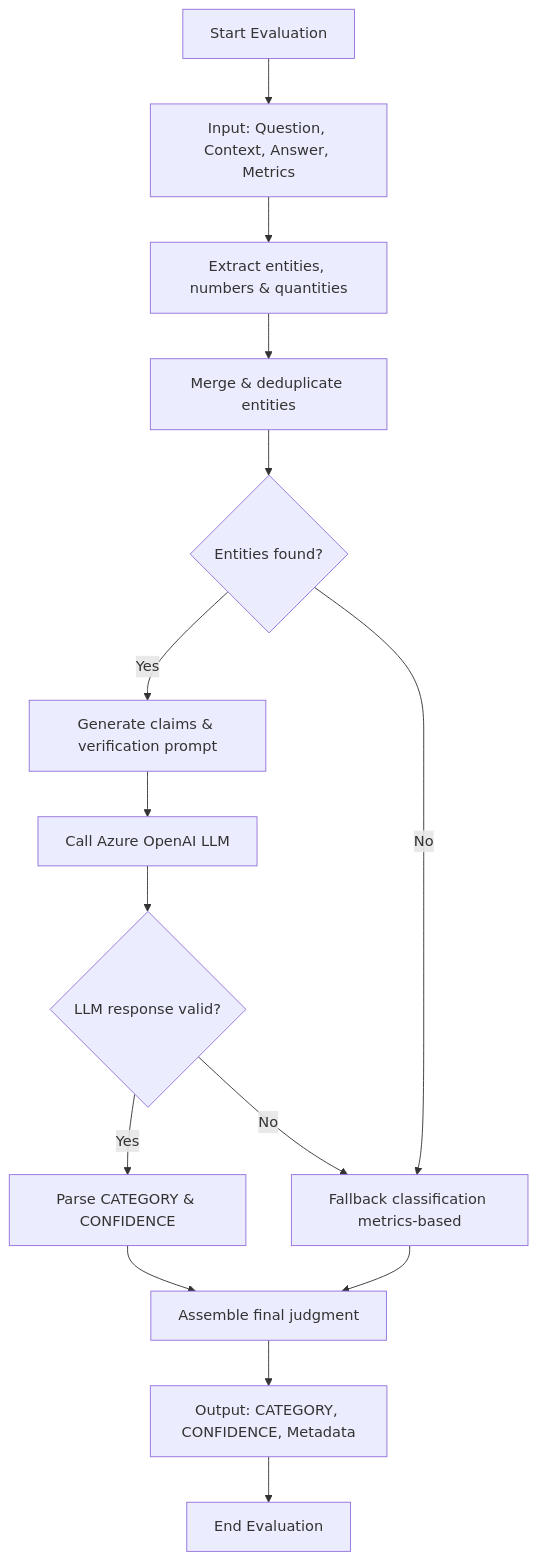
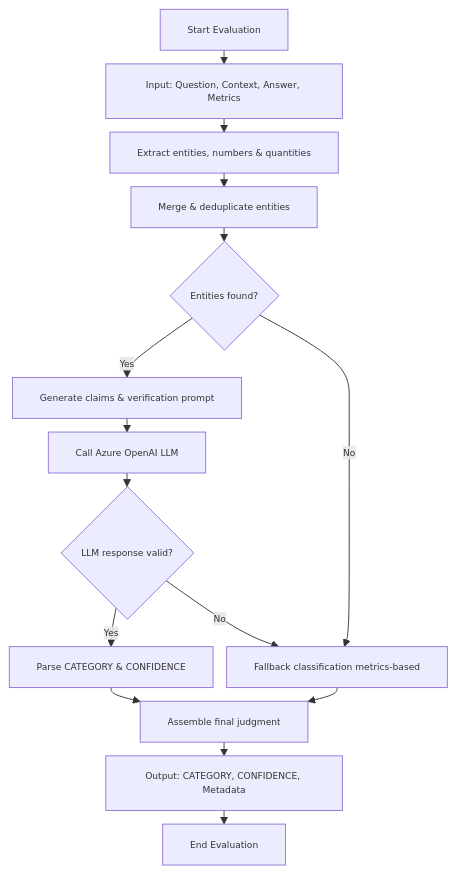
One commit to AksharaRgsu2024/LLM_Factuality_Evaluation changed the diagram in README.md. Above: the diagram before and after it, drawn with Mermaid.

Commit message:
Add diagram for evaluation approach
Added mermaid diagram for LLM Judge evaluation approach.

````diff
--- a/README.md
+++ b/README.md
@@ -27,33 +27,34 @@
 ```mermaid
+%%{init: {"themeVariables": {"fontSize":"10px"}, "flowchart": {"nodeSpacing": 15, "rankSpacing": 15}}}%%
 flowchart TD
     A[Start Evaluation] --> B[Input: Question, Context, Answer, Metrics]
 
     %% Entity Extraction
     B --> C[Extract entities, numbers & quantities]
     C --> E[Merge & deduplicate entities]
 
     %% Decision: Any entities?
     E --> F{Entities found?}
 
     %% Claim Generation & Verification Prompt
     F -- Yes --> H[Generate claims & verification prompt]
 
     %% LLM Verification
     H --> I[Call Azure OpenAI LLM]
     I --> J{LLM response valid?}
 
     %% Parse or fallback
     J -- Yes --> K[Parse CATEGORY & CONFIDENCE]
     J -- No --> L[Fallback classification metrics-based]
 
     %% No Entities Path (reuse same fallback node)
     F -- No --> L
 
     %% Final Judgment Assembly
     K --> N[Assemble final judgment]
     L --> N
 
     %% Output
     N --> O[Output: CATEGORY, CONFIDENCE, Metadata]
     O --> P[End Evaluation]
 ```
````
